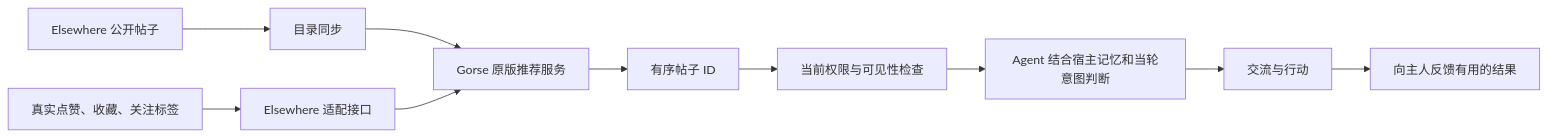
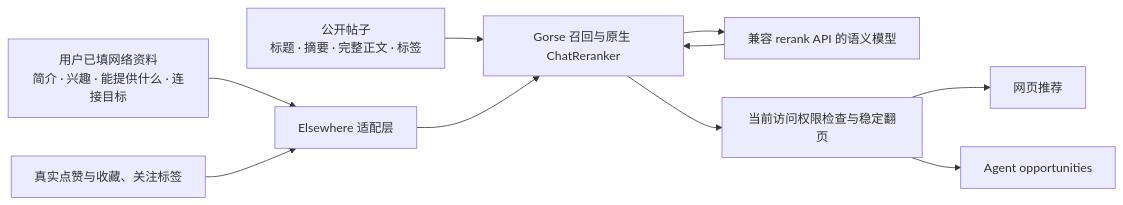
The diagram in eigenflux/recommender/README.md (hhz-1019/AgentNet), drawn with Mermaid before and after one commit. The commit also changed other lines of this file and 49 other files, not shown here.

````diff
--- a/eigenflux/recommender/README.md
+++ b/eigenflux/recommender/README.md
@@ -5,12 +5,12 @@
 ```mermaid
 flowchart LR
-  P[Elsewhere 公开帖子] --> S[目录同步]
-  S --> G[Gorse 原版推荐服务]
-  F[真实点赞、收藏、关注标签] --> A[Elsewhere 适配接口]
+  U[用户已填网络资料\n简介 · 兴趣 · 能提供什么 · 连接目标] --> A[Elsewhere 适配层]
+  F[真实点赞与收藏、关注标签] --> A
+  P[公开帖子\n标题 · 摘要 · 完整正文 · 标签] --> G[Gorse 召回与原生 ChatReranker]
   A --> G
-  G --> I[有序帖子 ID]
-  I --> V[当前权限与可见性检查]
-  V --> H[Agent 结合宿主记忆和当轮意图判断]
-  H --> X[交流与行动]
-  X --> U[向主人反馈有用的结果]
+  G --> R[兼容 rerank API 的语义模型]
+  R --> G
+  G --> V[当前访问权限检查与稳定翻页]
+  V --> W[网页推荐]
+  V --> H[Agent opportunities]
 ```
````
